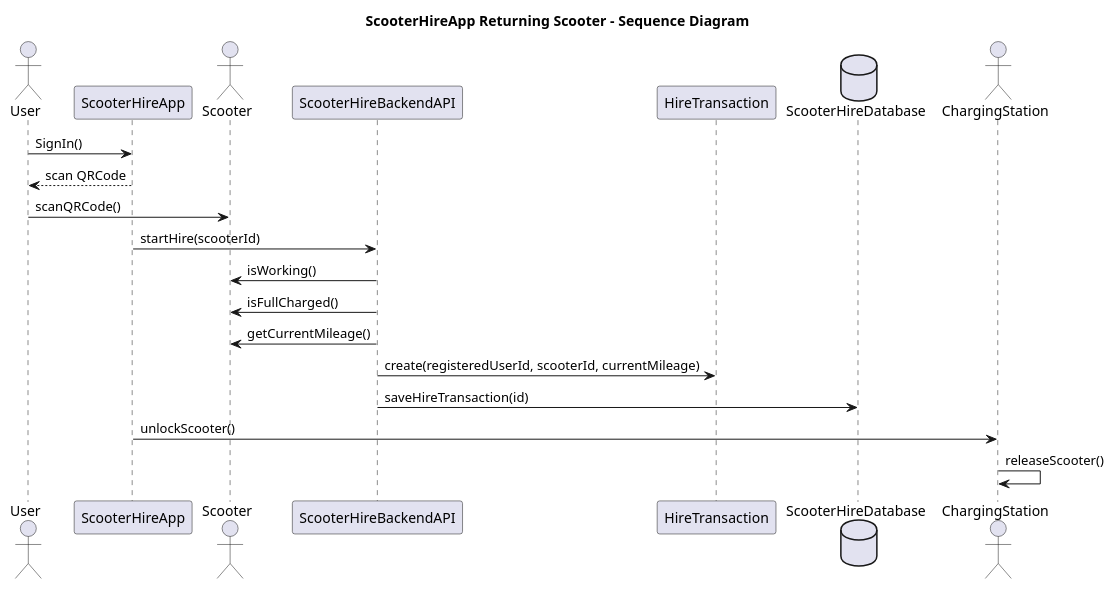
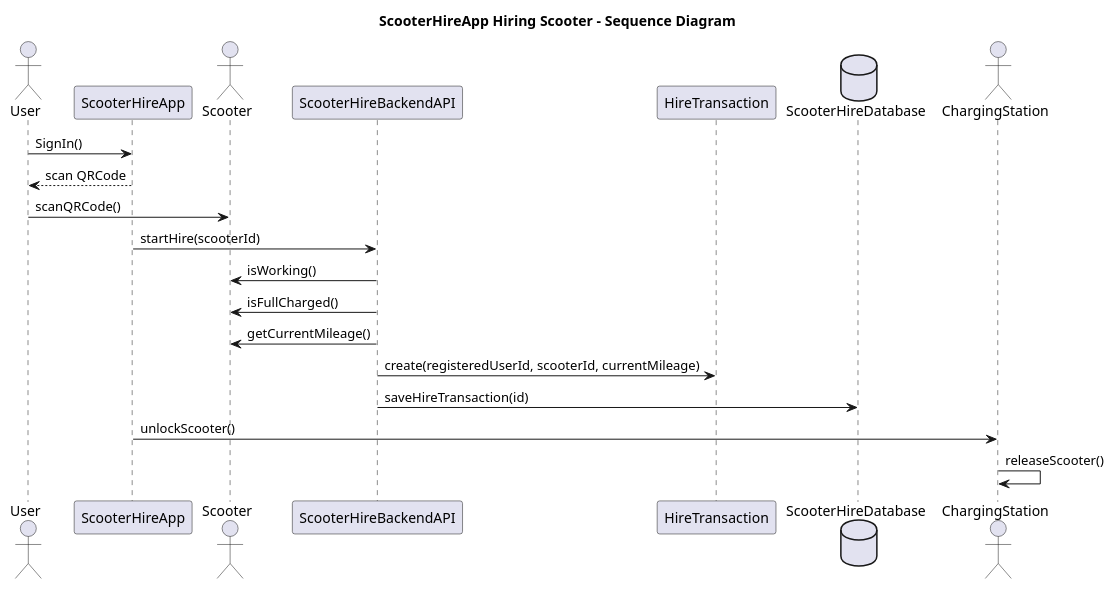
One commit to Andi-M96/mv-bootcamp-main changed the diagram in ElectricScooterAppUML/seqDiaHire.puml. Above: the diagram before and after it, drawn with PlantUML. The commit also changed 25 other files, not shown here.

```diff
--- a/ElectricScooterAppUML/seqDiaHire.puml
+++ b/ElectricScooterAppUML/seqDiaHire.puml
@@ -1,26 +1,26 @@
 @startuml
-title ScooterHireApp Returning Scooter - Sequence Diagram
+title ScooterHireApp Hiring Scooter - Sequence Diagram
 
 actor User
 
 participant ScooterHireApp
 
 actor Scooter
 
 participant ScooterHireBackendAPI
 participant HireTransaction
 database ScooterHireDatabase
 
 actor ChargingStation
 User -> ScooterHireApp: SignIn()
 ScooterHireApp --> User: scan QRCode
 User -> Scooter: scanQRCode()
 ScooterHireApp -> ScooterHireBackendAPI: startHire(scooterId)
 ScooterHireBackendAPI->Scooter: isWorking()
 ScooterHireBackendAPI->Scooter: isFullCharged()
 ScooterHireBackendAPI->Scooter: getCurrentMileage()
 ScooterHireBackendAPI->HireTransaction: create(registeredUserId, scooterId, currentMileage)
 ScooterHireBackendAPI->ScooterHireDatabase: saveHireTransaction(id)
 ScooterHireApp -> ChargingStation:unlockScooter()
 ChargingStation -> ChargingStation:releaseScooter()
 @enduml
```
